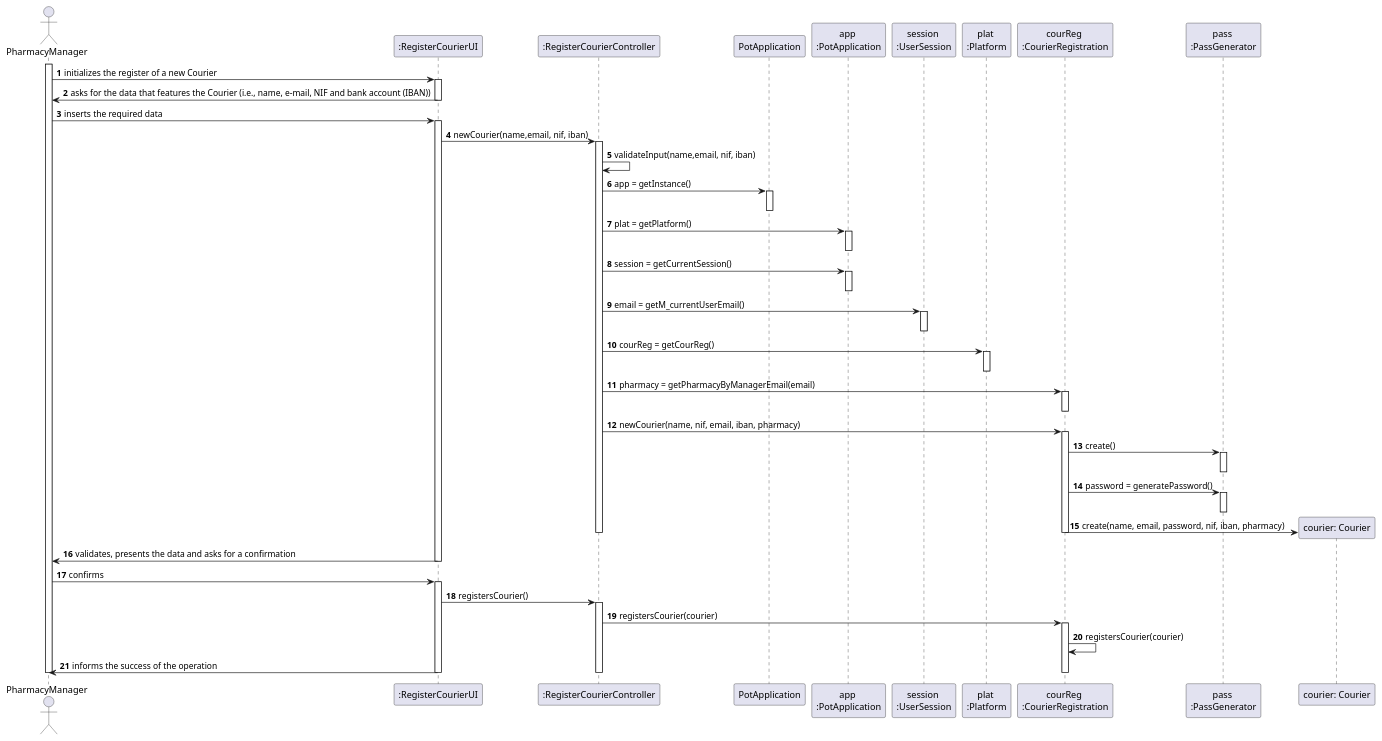
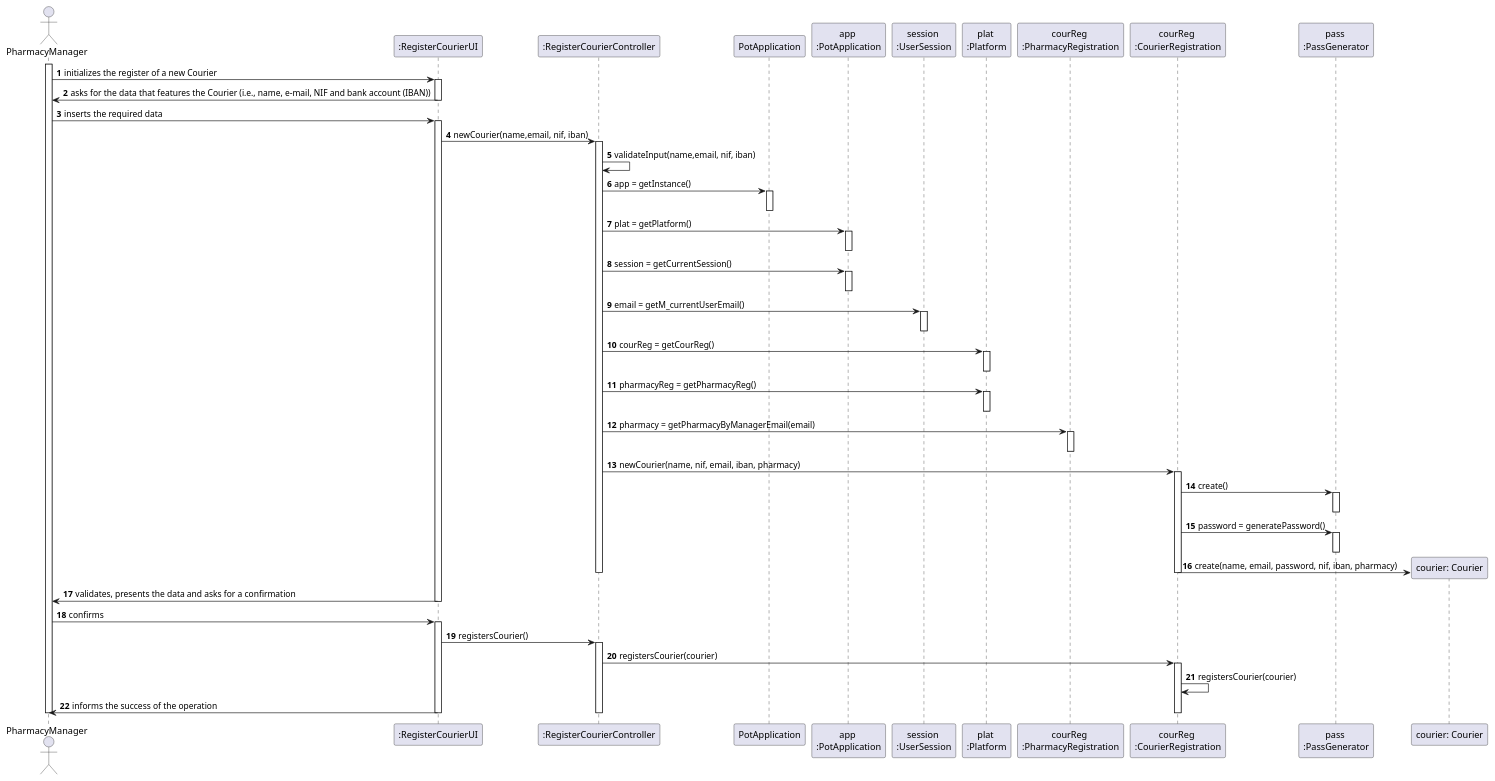
The diagram in docs/Iteration 1/Courier Management/US19_RegisterCourier/US19_SD.puml (tiagoavcosta25/LAPR3), drawn with PlantUML before and after one commit. The commit also changed 6 other files, not shown here.

```diff
--- a/docs/Iteration 1/Courier Management/US19_RegisterCourier/US19_SD.puml
+++ b/docs/Iteration 1/Courier Management/US19_RegisterCourier/US19_SD.puml
@@ -1,77 +1,81 @@
 @startuml
 autonumber
 actor "PharmacyManager" as ADMIN
 
 participant ":RegisterCourierUI" as UI
 participant ":RegisterCourierController" as CTRL
 participant "PotApplication" as PA
 participant "app \n:PotApplication" as APA
 participant "session \n:UserSession" as US
 participant "plat \n:Platform" as PLAT
+participant "courReg \n:PharmacyRegistration" as PR
 participant "courReg \n:CourierRegistration" as RF
 participant "pass \n:PassGenerator" as PS
 participant "courier: Courier" as CR
 
 
 
 activate ADMIN
 
 ADMIN -> UI : initializes the register of a new Courier
 activate UI
 UI -> ADMIN : asks for the data that features the Courier (i.e., name, e-mail, NIF and bank account (IBAN))
 deactivate UI
 
 ADMIN -> UI : inserts the required data
 activate UI
 UI -> CTRL : newCourier(name,email, nif, iban)
 activate CTRL
 CTRL -> CTRL : validateInput(name,email, nif, iban)
 CTRL -> PA : app = getInstance()
 activate PA
 deactivate PA
 CTRL -> APA : plat = getPlatform()
 activate APA
 deactivate APA
 CTRL -> APA : session = getCurrentSession()
 activate APA
 deactivate APA
 CTRL -> US : email = getM_currentUserEmail()
 activate US
 deactivate US
 CTRL -> PLAT : courReg = getCourReg()
 activate PLAT
 deactivate PLAT
-CTRL -> RF : pharmacy = getPharmacyByManagerEmail(email)
-activate RF
-deactivate RF
+CTRL -> PLAT : pharmacyReg = getPharmacyReg()
+activate PLAT
+deactivate PLAT
+CTRL -> PR : pharmacy = getPharmacyByManagerEmail(email)
+activate PR
+deactivate PR
 CTRL -> RF : newCourier(name, nif, email, iban, pharmacy)
 activate RF
 RF -> PS : create()
 activate PS
 deactivate PS
 RF -> PS : password = generatePassword()
 activate PS
 deactivate PS
 RF -> CR ** : create(name, email, password, nif, iban, pharmacy)
 deactivate RF
 deactivate CTRL
 
 
 UI -> ADMIN : validates, presents the data and asks for a confirmation
 deactivate UI
 
 ADMIN -> UI : confirms
 activate UI
 UI -> CTRL : registersCourier()
 activate CTRL
 CTRL -> RF : registersCourier(courier)
 activate RF
 RF -> RF : registersCourier(courier)
 UI -> ADMIN : informs the success of the operation
 deactivate RF
 deactivate CTRL
 deactivate UI
 
 deactivate ADMIN
 
 @enduml
```
